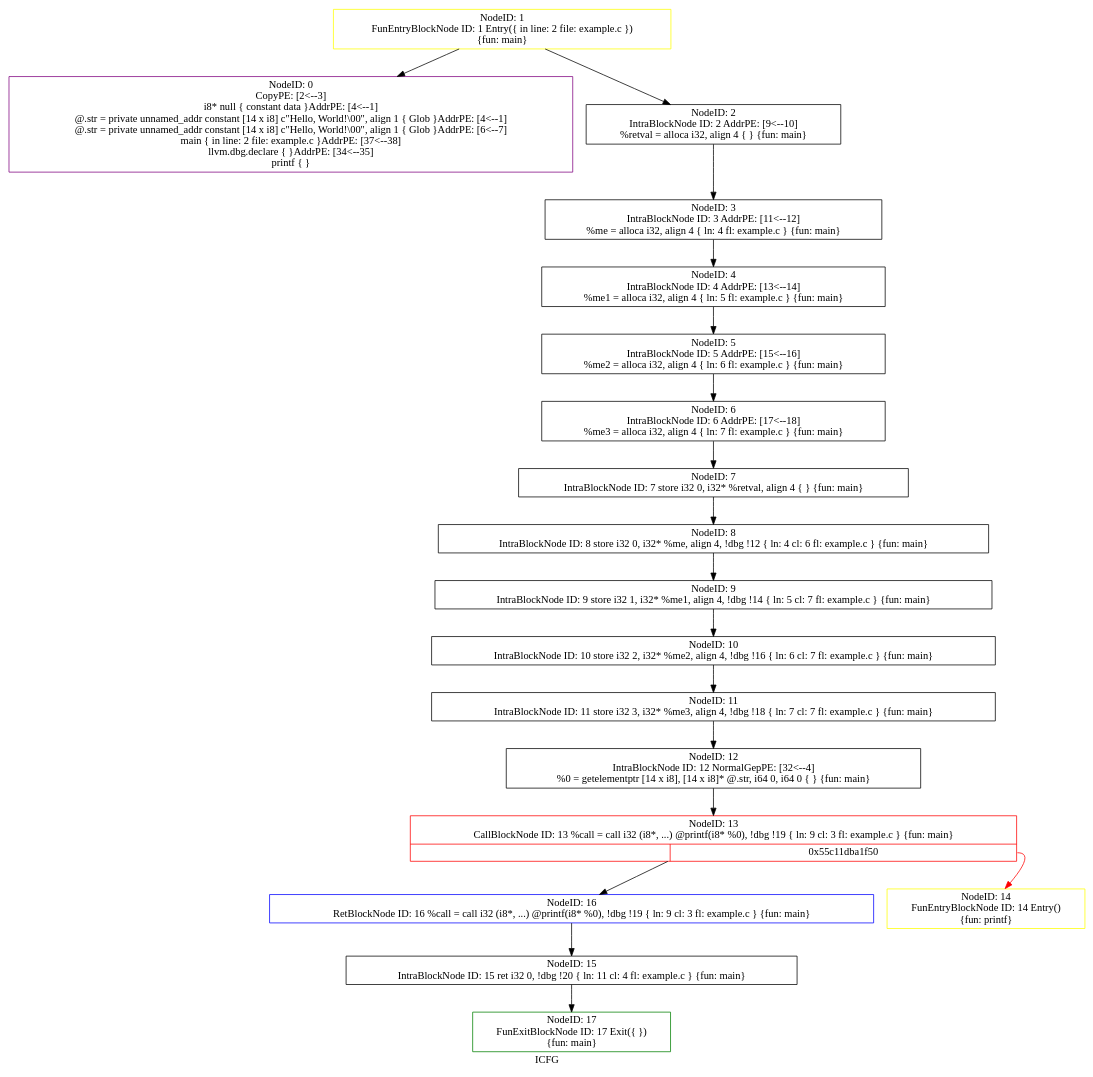
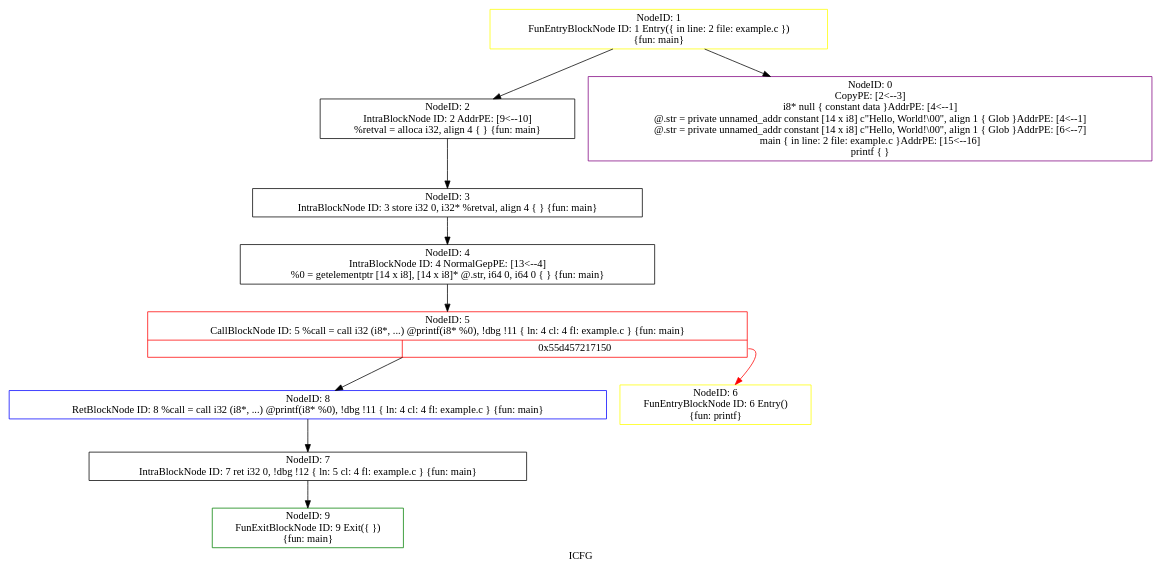
One commit to Ian36/Web-SVF changed the diagram in icfg.dot. Above: the diagram before and after it, drawn with Graphviz. The commit also changed 49 other files, not shown here.

```diff
--- a/icfg.dot
+++ b/icfg.dot
@@ -1,39 +1,23 @@
 digraph "ICFG" {
 	label="ICFG";
 
-	Node0x55c11dbb35a0 [shape=record,color=green,label="{NodeID: 17\nFunExitBlockNode ID: 17 Exit(\{  \})\n \{fun: main\}}"];
-	Node0x55c11dbb32a0 [shape=record,color=blue,label="{NodeID: 16\nRetBlockNode ID: 16   %call = call i32 (i8*, ...) @printf(i8* %0), !dbg !19 \{ ln: 9  cl: 3  fl: example.c \} \{fun: main\}}"];
-	Node0x55c11dbb32a0 -> Node0x55c11dbb3180[style=solid];
-	Node0x55c11dbb3180 [shape=record,color=black,label="{NodeID: 15\nIntraBlockNode ID: 15      ret i32 0, !dbg !20 \{ ln: 11  cl: 4  fl: example.c \}    \{fun: main\}}"];
-	Node0x55c11dbb3180 -> Node0x55c11dbb35a0[style=solid];
-	Node0x55c11dbb2ed0 [shape=record,color=yellow,label="{NodeID: 14\nFunEntryBlockNode ID: 14 Entry()\n \{fun: printf\}}"];
-	Node0x55c11dba3300 [shape=record,color=red,label="{NodeID: 13\nCallBlockNode ID: 13   %call = call i32 (i8*, ...) @printf(i8* %0), !dbg !19 \{ ln: 9  cl: 3  fl: example.c \} \{fun: main\}|{|<s1>0x55c11dba1f50}}"];
-	Node0x55c11dba3300 -> Node0x55c11dbb32a0[style=solid];
-	Node0x55c11dba3300:s1 -> Node0x55c11dbb2ed0[style=solid,color=red];
-	Node0x55c11dba31f0 [shape=record,color=purple,label="{NodeID: 0\nCopyPE: [2\<--3]  \n i8* null \{ constant data \}AddrPE: [4\<--1]  \n @.str = private unnamed_addr constant [14 x i8] c\"Hello, World!\\00\", align 1 \{ Glob  \}AddrPE: [4\<--1]  \n @.str = private unnamed_addr constant [14 x i8] c\"Hello, World!\\00\", align 1 \{ Glob  \}AddrPE: [6\<--7]  \n main \{ in line: 2 file: example.c \}AddrPE: [37\<--38]  \n llvm.dbg.declare \{  \}AddrPE: [34\<--35]  \n printf \{  \}}"];
-	Node0x55c11dbb1b40 [shape=record,color=yellow,label="{NodeID: 1\nFunEntryBlockNode ID: 1 Entry(\{ in line: 2 file: example.c \})\n \{fun: main\}}"];
-	Node0x55c11dbb1b40 -> Node0x55c11dba31f0[style=solid];
-	Node0x55c11dbb1b40 -> Node0x55c11dbb1ca0[style=solid];
-	Node0x55c11dbb1ca0 [shape=record,color=black,label="{NodeID: 2\nIntraBlockNode ID: 2   AddrPE: [9\<--10]  \n   %retval = alloca i32, align 4 \{  \} \{fun: main\}}"];
-	Node0x55c11dbb1ca0 -> Node0x55c11dbb1f10[style=solid];
-	Node0x55c11dbb1f10 [shape=record,color=black,label="{NodeID: 3\nIntraBlockNode ID: 3   AddrPE: [11\<--12]  \n   %me = alloca i32, align 4 \{ ln: 4 fl: example.c \} \{fun: main\}}"];
-	Node0x55c11dbb1f10 -> Node0x55c11dbb2030[style=solid];
-	Node0x55c11dbb2030 [shape=record,color=black,label="{NodeID: 4\nIntraBlockNode ID: 4   AddrPE: [13\<--14]  \n   %me1 = alloca i32, align 4 \{ ln: 5 fl: example.c \} \{fun: main\}}"];
-	Node0x55c11dbb2030 -> Node0x55c11dbb2150[style=solid];
-	Node0x55c11dbb2150 [shape=record,color=black,label="{NodeID: 5\nIntraBlockNode ID: 5   AddrPE: [15\<--16]  \n   %me2 = alloca i32, align 4 \{ ln: 6 fl: example.c \} \{fun: main\}}"];
-	Node0x55c11dbb2150 -> Node0x55c11dbb2270[style=solid];
-	Node0x55c11dbb2270 [shape=record,color=black,label="{NodeID: 6\nIntraBlockNode ID: 6   AddrPE: [17\<--18]  \n   %me3 = alloca i32, align 4 \{ ln: 7 fl: example.c \} \{fun: main\}}"];
-	Node0x55c11dbb2270 -> Node0x55c11dbb2390[style=solid];
-	Node0x55c11dbb2390 [shape=record,color=black,label="{NodeID: 7\nIntraBlockNode ID: 7      store i32 0, i32* %retval, align 4 \{  \}    \{fun: main\}}"];
-	Node0x55c11dbb2390 -> Node0x55c11dbb24b0[style=solid];
-	Node0x55c11dbb24b0 [shape=record,color=black,label="{NodeID: 8\nIntraBlockNode ID: 8      store i32 0, i32* %me, align 4, !dbg !12 \{ ln: 4  cl: 6  fl: example.c \}    \{fun: main\}}"];
-	Node0x55c11dbb24b0 -> Node0x55c11dbb2600[style=solid];
-	Node0x55c11dbb2600 [shape=record,color=black,label="{NodeID: 9\nIntraBlockNode ID: 9      store i32 1, i32* %me1, align 4, !dbg !14 \{ ln: 5  cl: 7  fl: example.c \}    \{fun: main\}}"];
-	Node0x55c11dbb2600 -> Node0x55c11dbb27e0[style=solid];
-	Node0x55c11dbb27e0 [shape=record,color=black,label="{NodeID: 10\nIntraBlockNode ID: 10      store i32 2, i32* %me2, align 4, !dbg !16 \{ ln: 6  cl: 7  fl: example.c \}    \{fun: main\}}"];
-	Node0x55c11dbb27e0 -> Node0x55c11dbb29c0[style=solid];
-	Node0x55c11dbb29c0 [shape=record,color=black,label="{NodeID: 11\nIntraBlockNode ID: 11      store i32 3, i32* %me3, align 4, !dbg !18 \{ ln: 7  cl: 7  fl: example.c \}    \{fun: main\}}"];
-	Node0x55c11dbb29c0 -> Node0x55c11dbb2ba0[style=solid];
-	Node0x55c11dbb2ba0 [shape=record,color=black,label="{NodeID: 12\nIntraBlockNode ID: 12   NormalGepPE: [32\<--4]  \n   %0 = getelementptr [14 x i8], [14 x i8]* @.str, i64 0, i64 0 \{  \} \{fun: main\}}"];
-	Node0x55c11dbb2ba0 -> Node0x55c11dba3300[style=solid];
+	Node0x55d457228ed0 [shape=record,color=green,label="{NodeID: 9\nFunExitBlockNode ID: 9 Exit(\{  \})\n \{fun: main\}}"];
+	Node0x55d457228c60 [shape=record,color=blue,label="{NodeID: 8\nRetBlockNode ID: 8   %call = call i32 (i8*, ...) @printf(i8* %0), !dbg !11 \{ ln: 4  cl: 4  fl: example.c \} \{fun: main\}}"];
+	Node0x55d457228c60 -> Node0x55d457228ba0[style=solid];
+	Node0x55d457228ba0 [shape=record,color=black,label="{NodeID: 7\nIntraBlockNode ID: 7      ret i32 0, !dbg !12 \{ ln: 5  cl: 4  fl: example.c \}    \{fun: main\}}"];
+	Node0x55d457228ba0 -> Node0x55d457228ed0[style=solid];
+	Node0x55d457228a70 [shape=record,color=yellow,label="{NodeID: 6\nFunEntryBlockNode ID: 6 Entry()\n \{fun: printf\}}"];
+	Node0x55d457218380 [shape=record,color=red,label="{NodeID: 5\nCallBlockNode ID: 5   %call = call i32 (i8*, ...) @printf(i8* %0), !dbg !11 \{ ln: 4  cl: 4  fl: example.c \} \{fun: main\}|{|<s1>0x55d457217150}}"];
+	Node0x55d457218380 -> Node0x55d457228c60[style=solid];
+	Node0x55d457218380:s1 -> Node0x55d457228a70[style=solid,color=red];
+	Node0x55d4572288e0 [shape=record,color=black,label="{NodeID: 4\nIntraBlockNode ID: 4   NormalGepPE: [13\<--4]  \n   %0 = getelementptr [14 x i8], [14 x i8]* @.str, i64 0, i64 0 \{  \} \{fun: main\}}"];
+	Node0x55d4572288e0 -> Node0x55d457218380[style=solid];
+	Node0x55d4572287c0 [shape=record,color=black,label="{NodeID: 3\nIntraBlockNode ID: 3      store i32 0, i32* %retval, align 4 \{  \}    \{fun: main\}}"];
+	Node0x55d4572287c0 -> Node0x55d4572288e0[style=solid];
+	Node0x55d457228550 [shape=record,color=black,label="{NodeID: 2\nIntraBlockNode ID: 2   AddrPE: [9\<--10]  \n   %retval = alloca i32, align 4 \{  \} \{fun: main\}}"];
+	Node0x55d457228550 -> Node0x55d4572287c0[style=solid];
+	Node0x55d4572283f0 [shape=record,color=yellow,label="{NodeID: 1\nFunEntryBlockNode ID: 1 Entry(\{ in line: 2 file: example.c \})\n \{fun: main\}}"];
+	Node0x55d4572283f0 -> Node0x55d457217b30[style=solid];
+	Node0x55d4572283f0 -> Node0x55d457228550[style=solid];
+	Node0x55d457217b30 [shape=record,color=purple,label="{NodeID: 0\nCopyPE: [2\<--3]  \n i8* null \{ constant data \}AddrPE: [4\<--1]  \n @.str = private unnamed_addr constant [14 x i8] c\"Hello, World!\\00\", align 1 \{ Glob  \}AddrPE: [4\<--1]  \n @.str = private unnamed_addr constant [14 x i8] c\"Hello, World!\\00\", align 1 \{ Glob  \}AddrPE: [6\<--7]  \n main \{ in line: 2 file: example.c \}AddrPE: [15\<--16]  \n printf \{  \}}"];
 }
```
